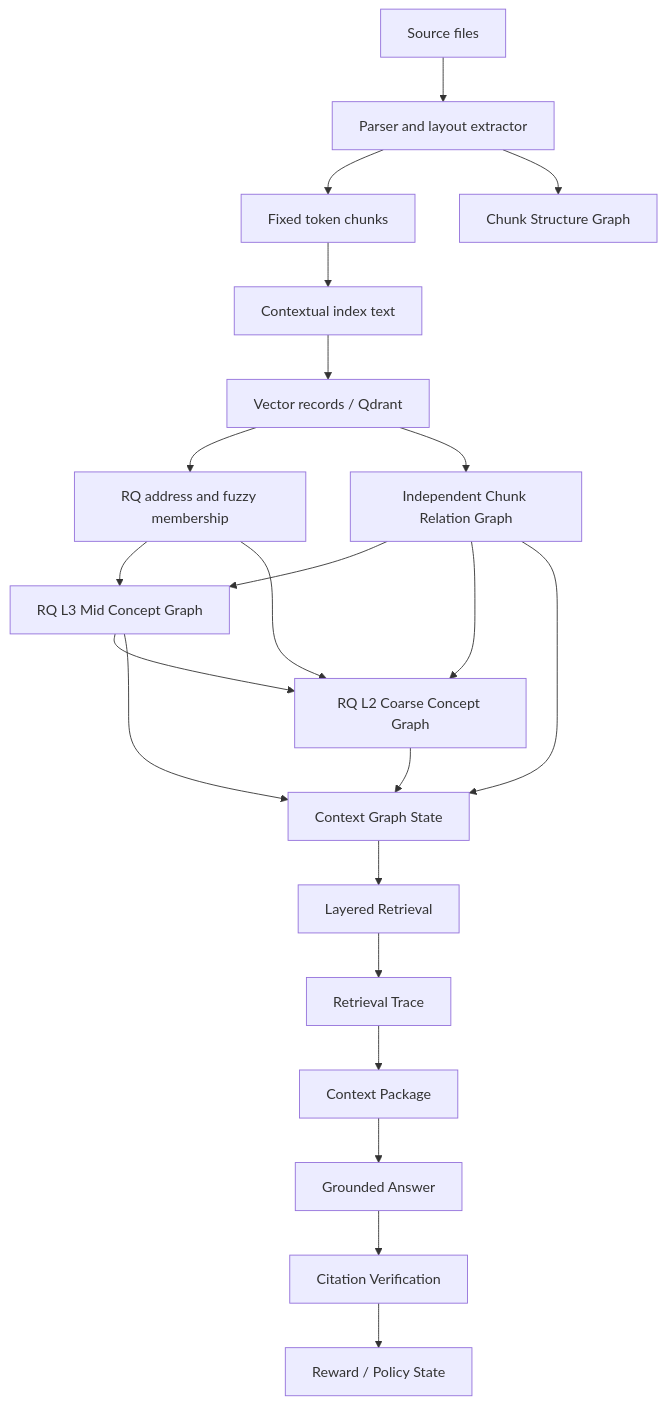
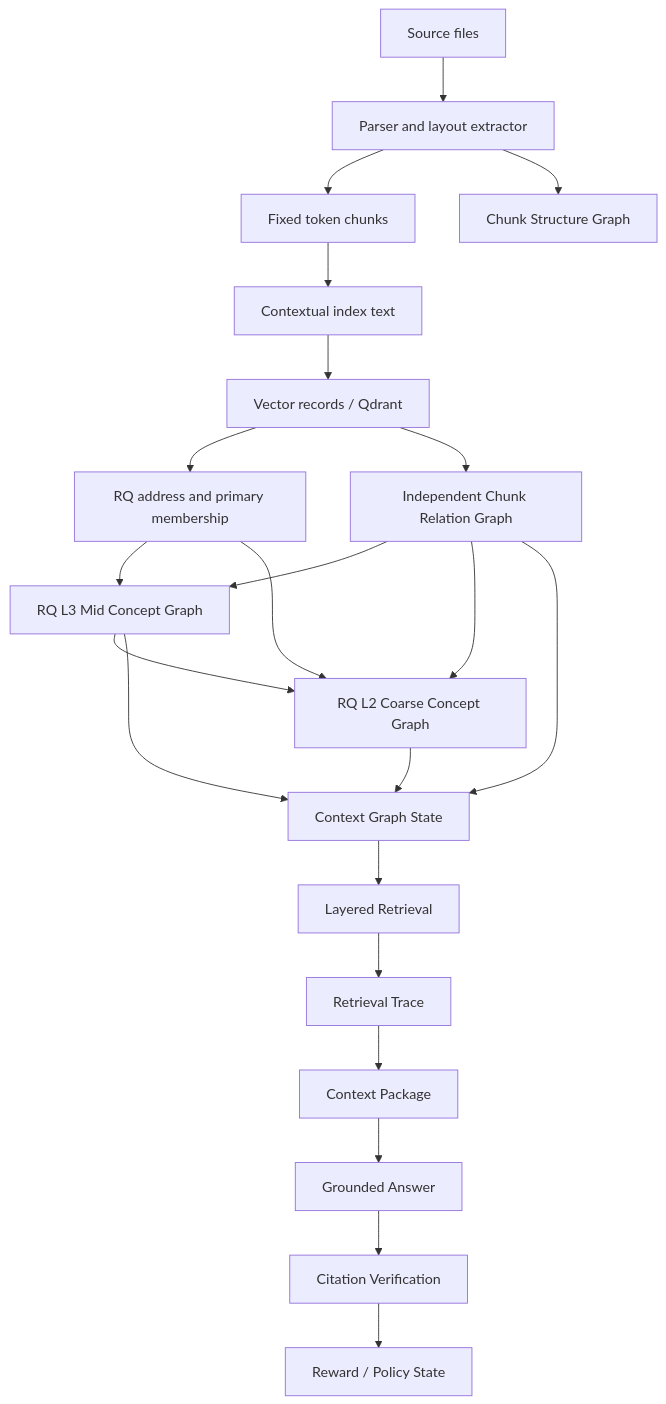
Before and after one commit to Sggggt/SymboGraph: the first of 12 diagrams in docs/technical-spec.md, drawn with Mermaid. The commit also changed other lines of this file and 82 other files, not shown here.

````diff
--- a/docs/technical-spec.md
+++ b/docs/technical-spec.md
@@ -127,24 +124,24 @@
 ```mermaid
 flowchart TB
     F["Source files"] --> P["Parser and layout extractor"]
     P --> C["Fixed token chunks"]
     P --> S["Chunk Structure Graph"]
     C --> X["Contextual index text"]
     X --> V["Vector records / Qdrant"]
-    V --> RQ["RQ address and fuzzy membership"]
+    V --> RQ["RQ address and primary membership"]
     V --> R["Independent Chunk Relation Graph"]
     RQ --> M["RQ L3 Mid Concept Graph"]
     R --> M
     RQ --> K["RQ L2 Coarse Concept Graph"]
     M --> K
     R --> K
     R --> CG["Context Graph State"]
     M --> CG
     K --> CG
     CG --> L["Layered Retrieval"]
     L --> T["Retrieval Trace"]
     T --> CP["Context Package"]
     CP --> A["Grounded Answer"]
     A --> CV["Citation Verification"]
     CV --> RW["Reward / Policy State"]
 ```
````
